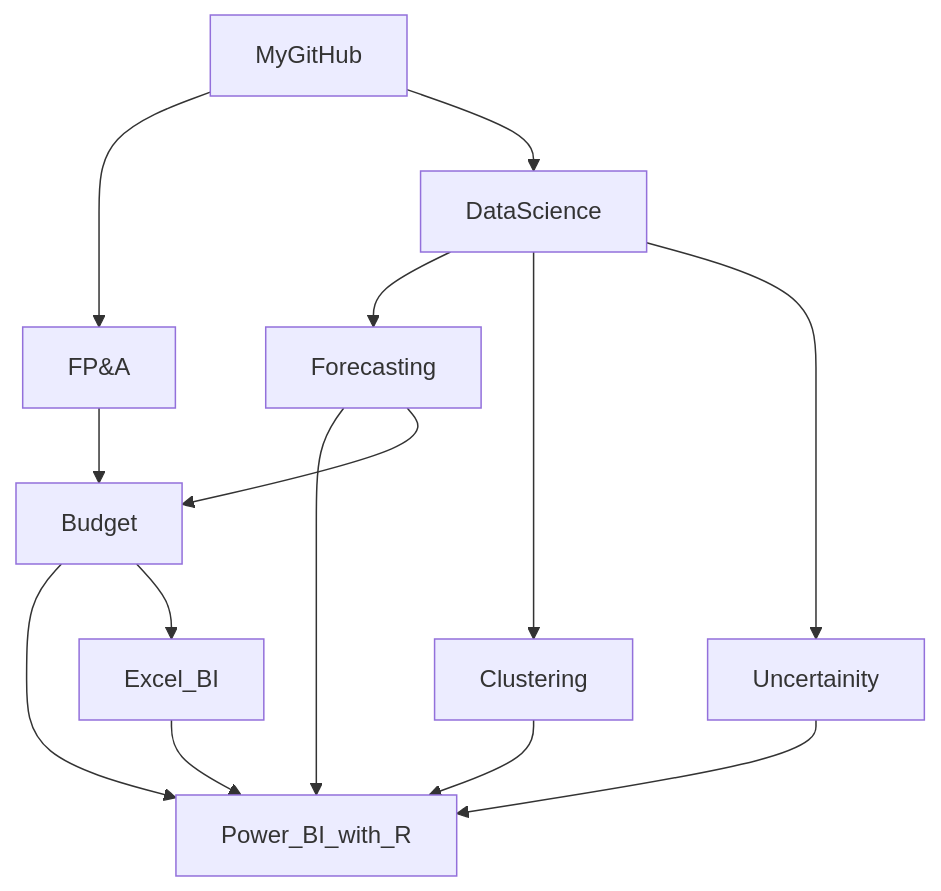
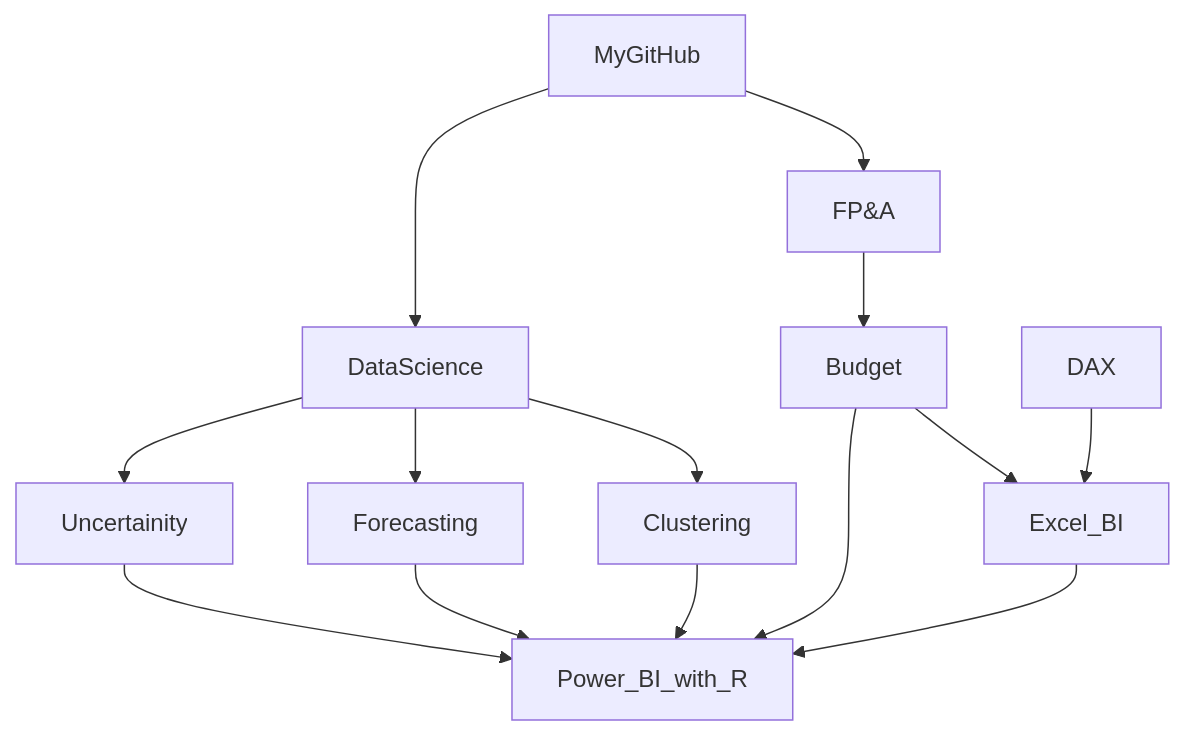
Before and after one commit to md3629/md3629: the diagram in README.md, drawn with Mermaid.

````diff
--- a/README.md
+++ b/README.md
@@ -9,16 +9,16 @@
 ```mermaid
 graph TD;
     MyGitHub-->FP&A;
     FP&A-->Budget;
     MyGitHub-->DataScience;
     DataScience-->Forecasting;
     DataScience-->Clustering;
     DataScience-->Uncertainity;
     Uncertainity-->Power_BI_with_R;
     Forecasting-->Power_BI_with_R;
     Clustering-->Power_BI_with_R;
     Budget-->Power_BI_with_R;
     Budget-->Excel_BI;
-    Forecasting-->Budget;
+    DAX-->Excel_BI;
     Excel_BI-->Power_BI_with_R;
 ```
````
